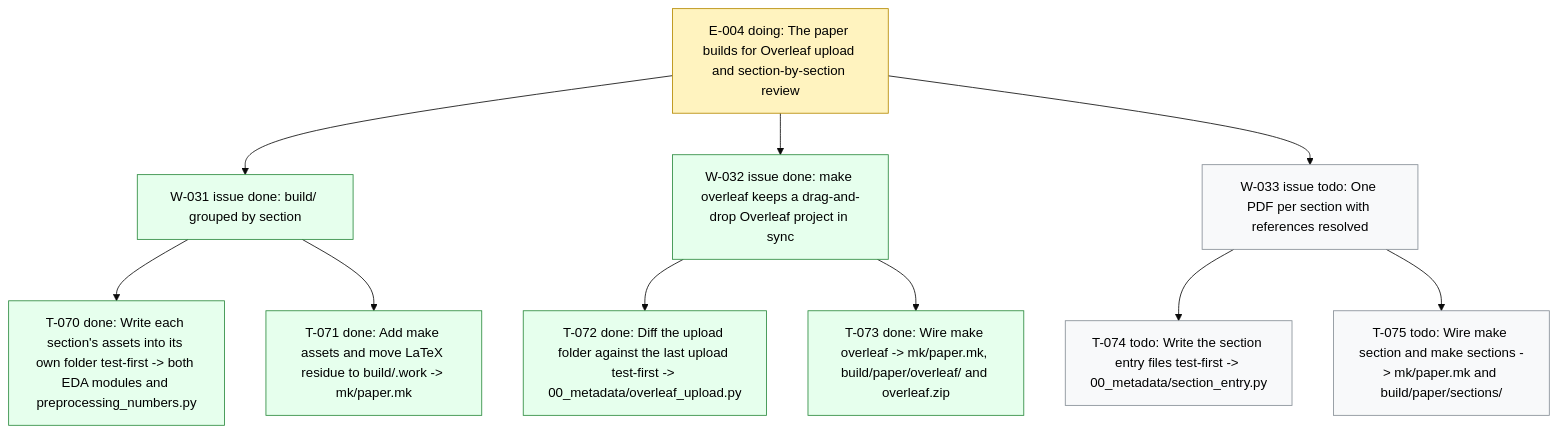
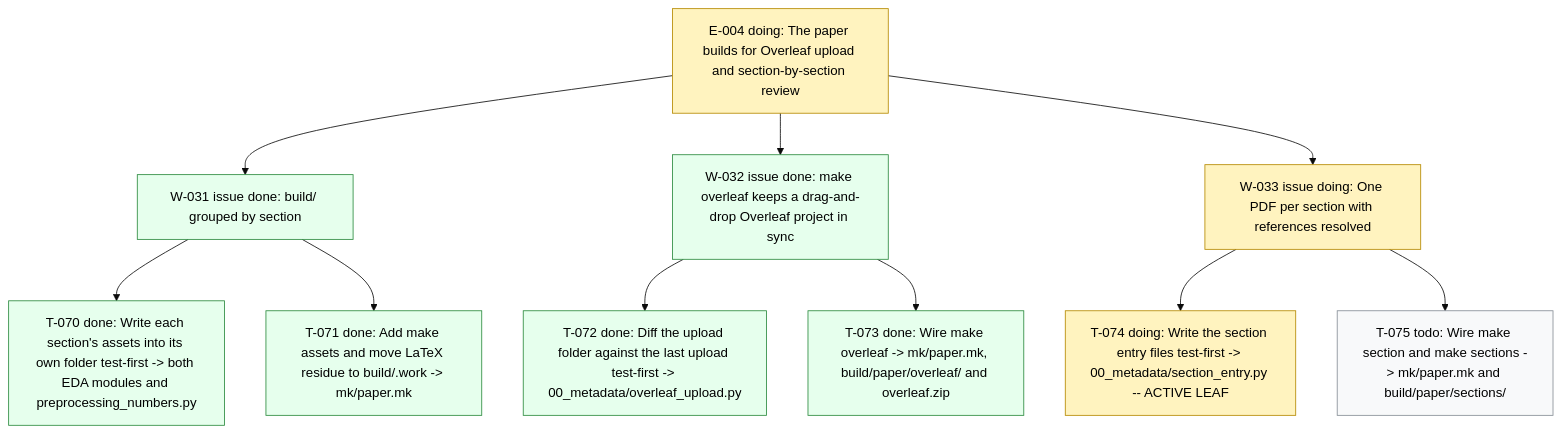
Before and after one commit to dpopchev/surrogate-models: the diagram in .board/BOARD.md, drawn with Mermaid (base theme). The commit also changed other lines of this file and 4 other files, not shown here.

First line of the commit message:
feat(paper): write the stand-alone entry file of one section

````diff
--- a/.board/BOARD.md
+++ b/.board/BOARD.md
@@ -216,21 +216,21 @@
 ```mermaid
 flowchart TD
   E004["E-004 doing: The paper builds for Overleaf upload and section-by-section review"]
   E004 --> W031["W-031 issue done: build/ grouped by section"]
   W031 --> T070["T-070 done: Write each section's assets into its own folder test-first -> both EDA modules and preprocessing_numbers.py"]
   W031 --> T071["T-071 done: Add make assets and move LaTeX residue to build/.work -> mk/paper.mk"]
   E004 --> W032["W-032 issue done: make overleaf keeps a drag-and-drop Overleaf project in sync"]
   W032 --> T072["T-072 done: Diff the upload folder against the last upload test-first -> 00_metadata/overleaf_upload.py"]
   W032 --> T073["T-073 done: Wire make overleaf -> mk/paper.mk, build/paper/overleaf/ and overleaf.zip"]
-  E004 --> W033["W-033 issue todo: One PDF per section with references resolved"]
-  W033 --> T074["T-074 todo: Write the section entry files test-first -> 00_metadata/section_entry.py"]
+  E004 --> W033["W-033 issue doing: One PDF per section with references resolved"]
+  W033 --> T074["T-074 doing: Write the section entry files test-first -> 00_metadata/section_entry.py -- ACTIVE LEAF"]
   W033 --> T075["T-075 todo: Wire make section and make sections -> mk/paper.mk and build/paper/sections/"]
   classDef doing fill:#fff3bf,stroke:#b58900,color:#000;
   classDef blocked fill:#ffe3e3,stroke:#c92a2a,color:#000;
   classDef done fill:#e6ffed,stroke:#2b8a3e,color:#000;
   classDef todo fill:#f8f9fa,stroke:#868e96,color:#000;
   classDef pruned fill:#f1f3f5,stroke:#adb5bd,color:#000;
-  class E004 doing
+  class E004,W033,T074 doing
   class W031,T070,T071,W032,T072,T073 done
-  class W033,T074,T075 todo
+  class T075 todo
 ```
````
